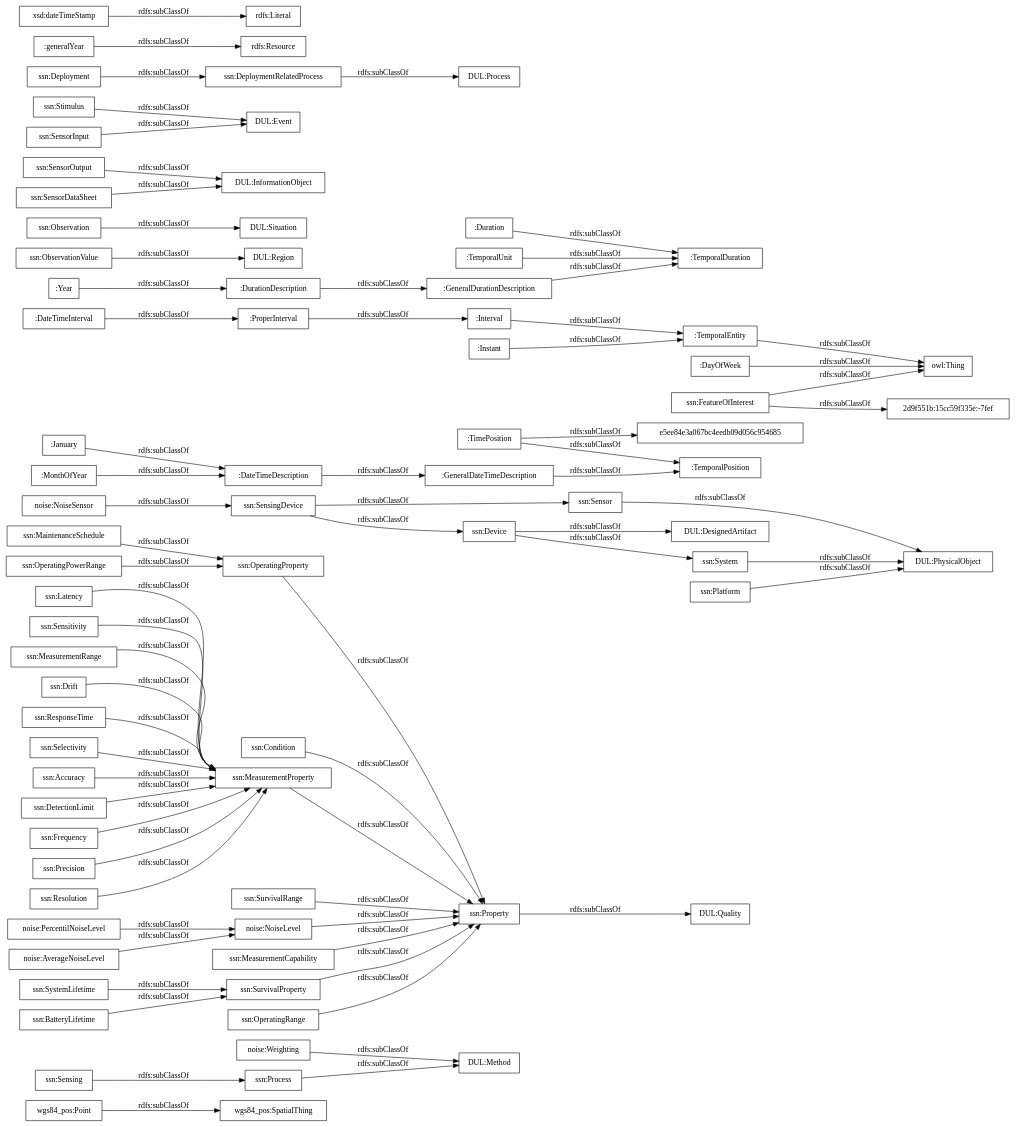
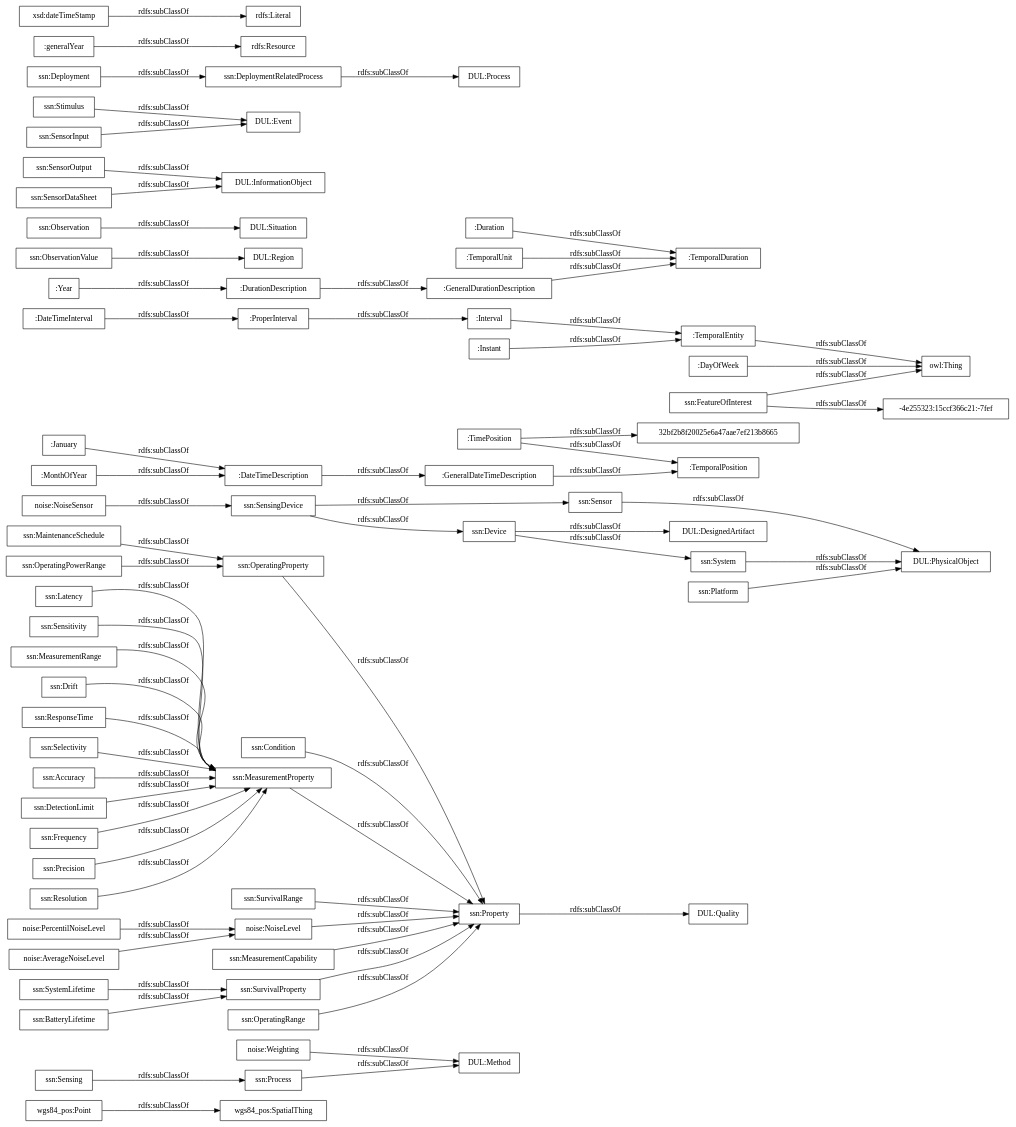
Before and after one commit to opencitydata/vocab-medio-ambiente-contaminacion-acustica: the diagram in OnToology/contaminacion-acustica.owl/diagrams/ar2dtool-taxonomy/contaminacion-acustica.owl.png.dot, drawn with Graphviz. The commit also changed 10 other files, not shown here.

```diff
--- a/OnToology/contaminacion-acustica.owl/diagrams/ar2dtool-taxonomy/contaminacion-acustica.owl.png.dot
+++ b/OnToology/contaminacion-acustica.owl/diagrams/ar2dtool-taxonomy/contaminacion-acustica.owl.png.dot
@@ -1,73 +1,73 @@
 digraph ar2dtool_diagram { 
 rankdir=LR;
 size="1000"
-node [shape = rectangle, color="black"]; "wgs84_pos:SpatialThing" "wgs84_pos:Point" "noise:Weighting" "noise:PercentilNoiseLevel" "noise:NoiseSensor" "noise:NoiseLevel" "noise:AverageNoiseLevel" ":GeneralDateTimeDescription" ":DateTimeInterval" ":DurationDescription" ":TemporalDuration" ":Duration" ":GeneralDurationDescription" ":January" ":ProperInterval" ":TimePosition" "e5ee84e3a067bc4eedb09d056c954685" ":TemporalPosition" ":Interval" ":TemporalEntity" ":Year" ":MonthOfYear" ":DateTimeDescription" ":TemporalUnit" ":Instant" ":DayOfWeek" "ssn:Accuracy" "ssn:DetectionLimit" "ssn:Frequency" "ssn:Condition" "DUL:Region" "DUL:Situation" "DUL:PhysicalObject" "ssn:SensorOutput" "ssn:Precision" "ssn:Resolution" "DUL:Quality" "ssn:FeatureOfInterest" "ssn:Sensor" "DUL:InformationObject" "ssn:OperatingProperty" "DUL:Event" "ssn:OperatingPowerRange" "DUL:Method" "ssn:MaintenanceSchedule" "ssn:Sensing" "ssn:Latency" "2d9f551b:15cc59f335e:-7fef" "ssn:SurvivalRange" "ssn:SensingDevice" "DUL:DesignedArtifact" "ssn:Sensitivity" "ssn:Stimulus" "DUL:Process" "ssn:MeasurementRange" "ssn:System" "ssn:SystemLifetime" "ssn:Property" "ssn:MeasurementProperty" "ssn:Process" "ssn:Deployment" "ssn:MeasurementCapability" "ssn:BatteryLifetime" "ssn:Drift" "ssn:DeploymentRelatedProcess" "ssn:SensorInput" "ssn:ResponseTime" "ssn:ObservationValue" "ssn:SensorDataSheet" "ssn:Observation" "ssn:Selectivity" "ssn:SurvivalProperty" "ssn:Device" "ssn:OperatingRange" "ssn:Platform" ; /*classes style*/
+node [shape = rectangle, color="black"]; "wgs84_pos:SpatialThing" "wgs84_pos:Point" "noise:Weighting" "noise:PercentilNoiseLevel" "noise:NoiseSensor" "noise:NoiseLevel" "noise:AverageNoiseLevel" ":GeneralDateTimeDescription" ":DateTimeInterval" ":DurationDescription" ":TemporalDuration" ":Duration" ":GeneralDurationDescription" ":January" ":ProperInterval" ":TimePosition" ":TemporalPosition" ":Interval" ":TemporalEntity" ":Year" ":MonthOfYear" ":DateTimeDescription" "32bf2b8f20025e6a47aae7ef213b8665" ":TemporalUnit" ":Instant" ":DayOfWeek" "ssn:Accuracy" "ssn:DetectionLimit" "ssn:Frequency" "ssn:Condition" "DUL:Region" "DUL:Situation" "DUL:PhysicalObject" "ssn:SensorOutput" "ssn:Precision" "ssn:Resolution" "DUL:Quality" "ssn:FeatureOfInterest" "ssn:Sensor" "DUL:InformationObject" "ssn:OperatingProperty" "DUL:Event" "ssn:OperatingPowerRange" "DUL:Method" "ssn:MaintenanceSchedule" "ssn:Sensing" "ssn:Latency" "ssn:SurvivalRange" "ssn:SensingDevice" "DUL:DesignedArtifact" "ssn:Sensitivity" "ssn:Stimulus" "DUL:Process" "ssn:MeasurementRange" "ssn:System" "ssn:SystemLifetime" "ssn:Property" "ssn:MeasurementProperty" "ssn:Process" "ssn:Deployment" "ssn:MeasurementCapability" "ssn:BatteryLifetime" "ssn:Drift" "ssn:DeploymentRelatedProcess" "ssn:SensorInput" "ssn:ResponseTime" "ssn:ObservationValue" "ssn:SensorDataSheet" "ssn:Observation" "ssn:Selectivity" "ssn:SurvivalProperty" "ssn:Device" "ssn:OperatingRange" "-4e255323:15ccf366c21:-7fef" "ssn:Platform" ; /*classes style*/
 	":DateTimeDescription" -> ":GeneralDateTimeDescription" [ label = "rdfs:subClassOf" ];
 	"noise:AverageNoiseLevel" -> "noise:NoiseLevel" [ label = "rdfs:subClassOf" ];
 	"ssn:Deployment" -> "ssn:DeploymentRelatedProcess" [ label = "rdfs:subClassOf" ];
 	"ssn:SensingDevice" -> "ssn:Sensor" [ label = "rdfs:subClassOf" ];
 	"ssn:SensingDevice" -> "ssn:Device" [ label = "rdfs:subClassOf" ];
 	"ssn:DeploymentRelatedProcess" -> "DUL:Process" [ label = "rdfs:subClassOf" ];
 	"ssn:Accuracy" -> "ssn:MeasurementProperty" [ label = "rdfs:subClassOf" ];
 	":Instant" -> ":TemporalEntity" [ label = "rdfs:subClassOf" ];
 	"ssn:FeatureOfInterest" -> "owl:Thing" [ label = "rdfs:subClassOf" ];
-	"ssn:FeatureOfInterest" -> "2d9f551b:15cc59f335e:-7fef" [ label = "rdfs:subClassOf" ];
+	"ssn:FeatureOfInterest" -> "-4e255323:15ccf366c21:-7fef" [ label = "rdfs:subClassOf" ];
 	"ssn:Latency" -> "ssn:MeasurementProperty" [ label = "rdfs:subClassOf" ];
 	"ssn:Process" -> "DUL:Method" [ label = "rdfs:subClassOf" ];
 	"noise:Weighting" -> "DUL:Method" [ label = "rdfs:subClassOf" ];
 	":ProperInterval" -> ":Interval" [ label = "rdfs:subClassOf" ];
 	"ssn:Property" -> "DUL:Quality" [ label = "rdfs:subClassOf" ];
 	"ssn:MeasurementProperty" -> "ssn:Property" [ label = "rdfs:subClassOf" ];
 	"wgs84_pos:Point" -> "wgs84_pos:SpatialThing" [ label = "rdfs:subClassOf" ];
 	":MonthOfYear" -> ":DateTimeDescription" [ label = "rdfs:subClassOf" ];
 	"ssn:ResponseTime" -> "ssn:MeasurementProperty" [ label = "rdfs:subClassOf" ];
 	"ssn:OperatingRange" -> "ssn:Property" [ label = "rdfs:subClassOf" ];
 	"noise:NoiseLevel" -> "ssn:Property" [ label = "rdfs:subClassOf" ];
 	"ssn:MeasurementRange" -> "ssn:MeasurementProperty" [ label = "rdfs:subClassOf" ];
 	"ssn:Stimulus" -> "DUL:Event" [ label = "rdfs:subClassOf" ];
 	":Duration" -> ":TemporalDuration" [ label = "rdfs:subClassOf" ];
 	"ssn:SurvivalProperty" -> "ssn:Property" [ label = "rdfs:subClassOf" ];
 	"ssn:MaintenanceSchedule" -> "ssn:OperatingProperty" [ label = "rdfs:subClassOf" ];
 	"ssn:SensorInput" -> "DUL:Event" [ label = "rdfs:subClassOf" ];
-	":TimePosition" -> "e5ee84e3a067bc4eedb09d056c954685" [ label = "rdfs:subClassOf" ];
+	":TimePosition" -> "32bf2b8f20025e6a47aae7ef213b8665" [ label = "rdfs:subClassOf" ];
 	":TimePosition" -> ":TemporalPosition" [ label = "rdfs:subClassOf" ];
 	":TemporalEntity" -> "owl:Thing" [ label = "rdfs:subClassOf" ];
 	"ssn:Sensitivity" -> "ssn:MeasurementProperty" [ label = "rdfs:subClassOf" ];
 	"ssn:Drift" -> "ssn:MeasurementProperty" [ label = "rdfs:subClassOf" ];
 	"ssn:System" -> "DUL:PhysicalObject" [ label = "rdfs:subClassOf" ];
 	":GeneralDurationDescription" -> ":TemporalDuration" [ label = "rdfs:subClassOf" ];
 	"ssn:Resolution" -> "ssn:MeasurementProperty" [ label = "rdfs:subClassOf" ];
 	"ssn:Precision" -> "ssn:MeasurementProperty" [ label = "rdfs:subClassOf" ];
 	"noise:PercentilNoiseLevel" -> "noise:NoiseLevel" [ label = "rdfs:subClassOf" ];
 	"ssn:DetectionLimit" -> "ssn:MeasurementProperty" [ label = "rdfs:subClassOf" ];
 	":DateTimeInterval" -> ":ProperInterval" [ label = "rdfs:subClassOf" ];
 	"ssn:Sensor" -> "DUL:PhysicalObject" [ label = "rdfs:subClassOf" ];
 	"ssn:SensorDataSheet" -> "DUL:InformationObject" [ label = "rdfs:subClassOf" ];
 	"ssn:OperatingPowerRange" -> "ssn:OperatingProperty" [ label = "rdfs:subClassOf" ];
 	"noise:NoiseSensor" -> "ssn:SensingDevice" [ label = "rdfs:subClassOf" ];
 	":Interval" -> ":TemporalEntity" [ label = "rdfs:subClassOf" ];
 	":GeneralDateTimeDescription" -> ":TemporalPosition" [ label = "rdfs:subClassOf" ];
 	":January" -> ":DateTimeDescription" [ label = "rdfs:subClassOf" ];
 	"ssn:ObservationValue" -> "DUL:Region" [ label = "rdfs:subClassOf" ];
 	":DayOfWeek" -> "owl:Thing" [ label = "rdfs:subClassOf" ];
 	"ssn:Device" -> "DUL:DesignedArtifact" [ label = "rdfs:subClassOf" ];
 	"ssn:Device" -> "ssn:System" [ label = "rdfs:subClassOf" ];
 	"ssn:Platform" -> "DUL:PhysicalObject" [ label = "rdfs:subClassOf" ];
 	":Year" -> ":DurationDescription" [ label = "rdfs:subClassOf" ];
 	":DurationDescription" -> ":GeneralDurationDescription" [ label = "rdfs:subClassOf" ];
 	"ssn:OperatingProperty" -> "ssn:Property" [ label = "rdfs:subClassOf" ];
 	":generalYear" -> "rdfs:Resource" [ label = "rdfs:subClassOf" ];
 	"ssn:Selectivity" -> "ssn:MeasurementProperty" [ label = "rdfs:subClassOf" ];
 	"ssn:BatteryLifetime" -> "ssn:SurvivalProperty" [ label = "rdfs:subClassOf" ];
 	":TemporalUnit" -> ":TemporalDuration" [ label = "rdfs:subClassOf" ];
 	"ssn:Observation" -> "DUL:Situation" [ label = "rdfs:subClassOf" ];
 	"ssn:Sensing" -> "ssn:Process" [ label = "rdfs:subClassOf" ];
 	"ssn:SystemLifetime" -> "ssn:SurvivalProperty" [ label = "rdfs:subClassOf" ];
 	"ssn:SurvivalRange" -> "ssn:Property" [ label = "rdfs:subClassOf" ];
 	"ssn:Frequency" -> "ssn:MeasurementProperty" [ label = "rdfs:subClassOf" ];
 	"ssn:SensorOutput" -> "DUL:InformationObject" [ label = "rdfs:subClassOf" ];
 	"ssn:Condition" -> "ssn:Property" [ label = "rdfs:subClassOf" ];
 	"xsd:dateTimeStamp" -> "rdfs:Literal" [ label = "rdfs:subClassOf" ];
 	"ssn:MeasurementCapability" -> "ssn:Property" [ label = "rdfs:subClassOf" ];
 
 }
```
